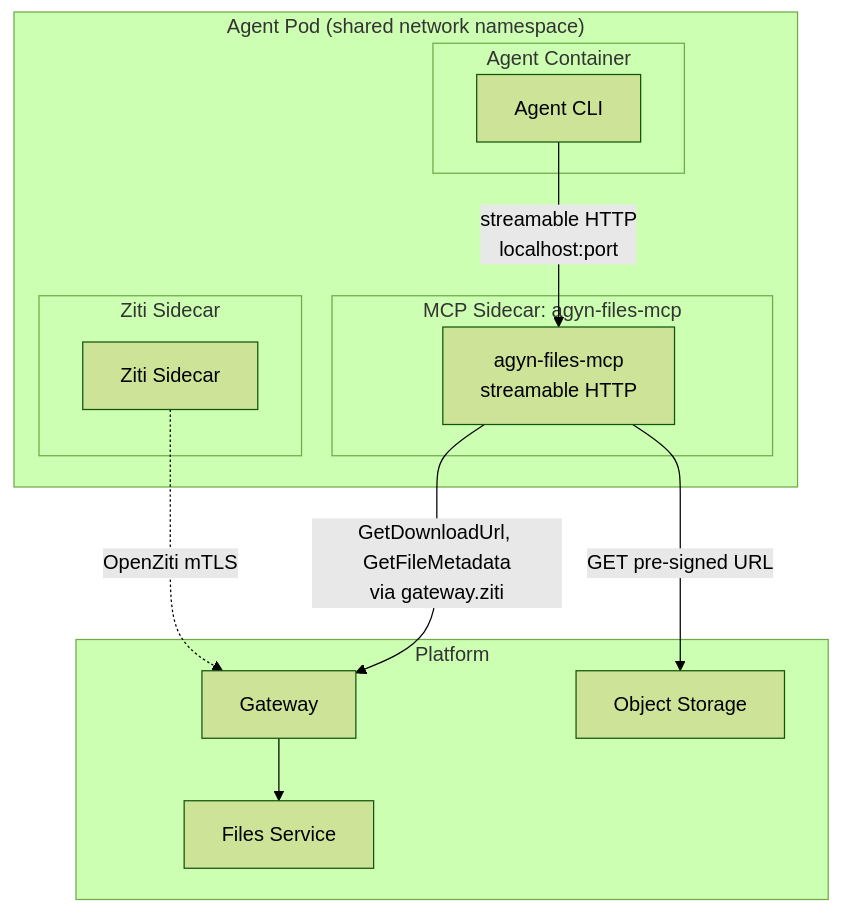
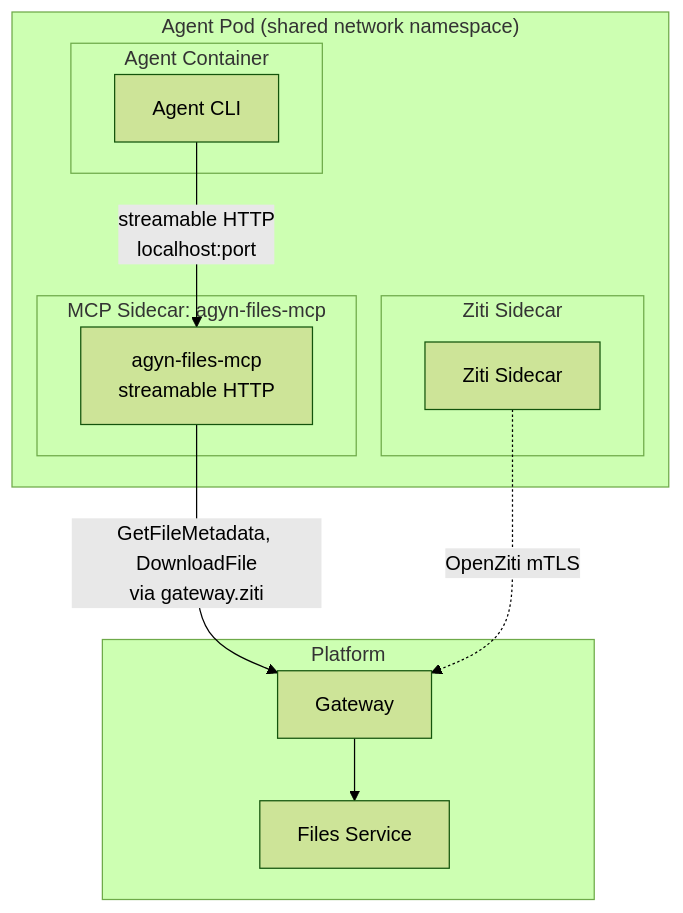
Before and after one commit to agynio/architecture: the first of 2 diagrams in architecture/agyn-files-mcp.md, drawn with Mermaid (forest theme). The commit also changed other lines of this file and 2 other files, not shown here.

First line of the commit message:
fix: add DownloadFile RPC, remove direct object storage access from MCP

````diff
--- a/architecture/agyn-files-mcp.md
+++ b/architecture/agyn-files-mcp.md
@@ -16,28 +16,26 @@
 ```mermaid
 graph TB
     subgraph "Agent Pod (shared network namespace)"
         subgraph "Agent Container"
             AgentCLI[Agent CLI]
         end
 
         subgraph "MCP Sidecar: agyn-files-mcp"
             FilesMCP[agyn-files-mcp<br/>streamable HTTP]
         end
 
         subgraph "Ziti Sidecar"
             Ziti[Ziti Sidecar]
         end
     end
 
     subgraph Platform
         Gateway
         Files[Files Service]
-        OS[Object Storage]
     end
 
     AgentCLI -->|streamable HTTP<br/>localhost:port| FilesMCP
-    FilesMCP -->|GetDownloadUrl, GetFileMetadata<br/>via gateway.ziti| Gateway
+    FilesMCP -->|GetFileMetadata, DownloadFile<br/>via gateway.ziti| Gateway
     Gateway --> Files
-    FilesMCP -->|GET pre-signed URL| OS
     Ziti -.->|OpenZiti mTLS| Gateway
 ```
````
